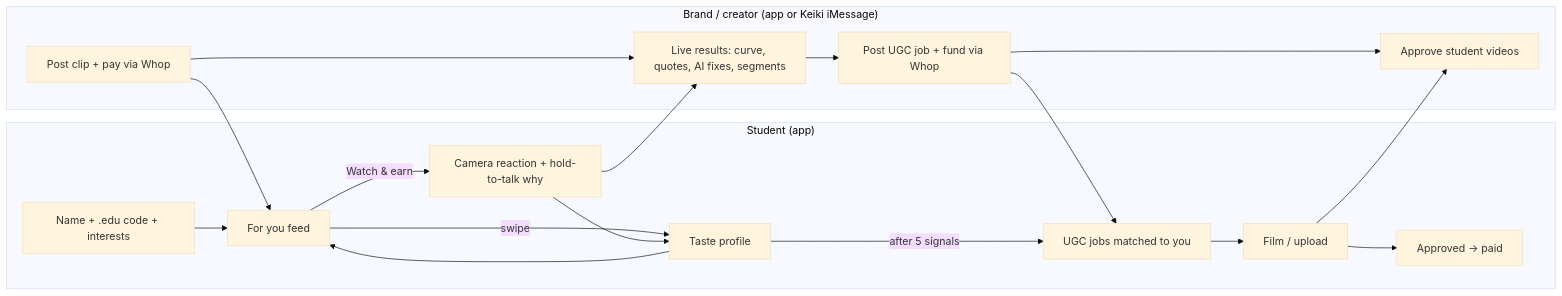
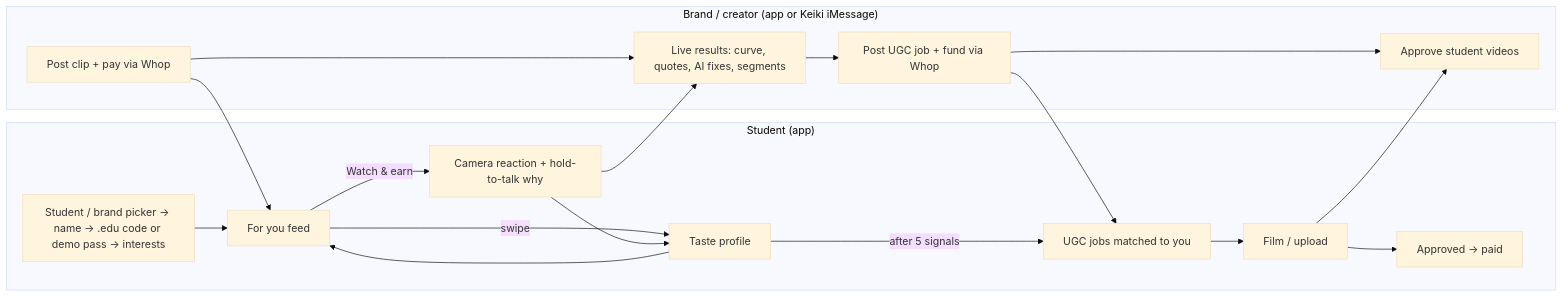
The diagram in README.md (Shri2007/real), drawn with Mermaid (base theme) before and after one commit. The commit also changed other lines of this file and 2 other files, not shown here.

Commit message:
Revyl test for new onboarding, README status + demo script, env docs

````diff
--- a/README.md
+++ b/README.md
@@ -13,21 +13,21 @@
 ```mermaid
 flowchart LR
   subgraph Student["Student (app)"]
-    O[Name + .edu code + interests] --> F[For you feed]
+    O[Student / brand picker → name → .edu code or demo pass → interests] --> F[For you feed]
     F -->|swipe| T[Taste profile]
     F -->|Watch & earn| W[Camera reaction + hold-to-talk why]
     W --> T
     T --> F
     T -->|after 5 signals| U[UGC jobs matched to you]
     U --> V[Film / upload] --> P[Approved → paid]
   end
   subgraph Brand["Brand / creator (app or Keiki iMessage)"]
     C[Post clip + pay via Whop] --> R[Live results: curve, quotes, AI fixes, segments]
     R --> J[Post UGC job + fund via Whop]
     J --> A[Approve student videos]
   end
   C --> F
   W --> R
   J --> U
   V --> A
 ```
````
